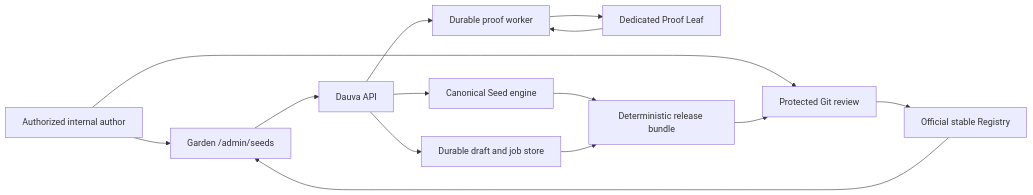
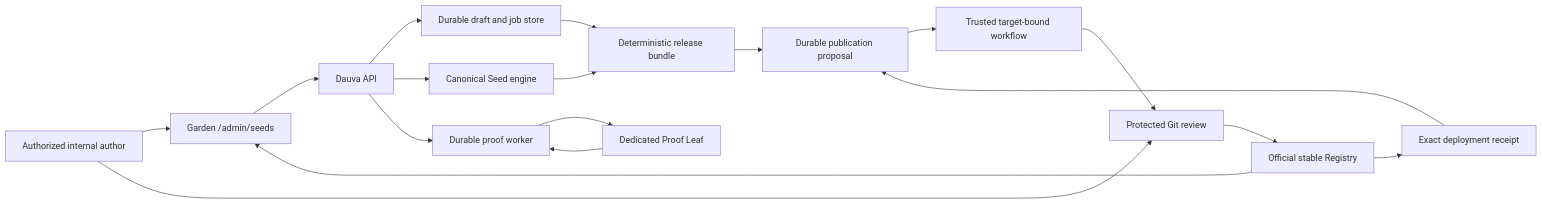
The first of 2 diagrams in docs/architecture/internal-seed-studio.md (Deucarian/dauva-seeds), drawn with Mermaid before and after one commit. The commit also changed other lines of this file and 28 other files, not shown here.

````diff
--- a/docs/architecture/internal-seed-studio.md
+++ b/docs/architecture/internal-seed-studio.md
@@ -161,16 +171,20 @@
 ```mermaid
 flowchart LR
     Author["Authorized internal author"] --> Garden["Garden /admin/seeds"]
     Garden --> API["Dauva API"]
     API --> Drafts["Durable draft and job store"]
     API --> Engine["Canonical Seed engine"]
     API --> Worker["Durable proof worker"]
     Worker --> ProofLeaf["Dedicated Proof Leaf"]
     ProofLeaf --> Worker
     Engine --> Export["Deterministic release bundle"]
     Drafts --> Export
-    Author --> Review["Protected Git review"]
-    Export --> Review
+    Export --> Publication["Durable publication proposal"]
+    Publication --> Workflow["Trusted target-bound workflow"]
+    Workflow --> Review["Protected Git review"]
+    Author --> Review
     Review --> Registry["Official stable Registry"]
+    Registry --> Receipt["Exact deployment receipt"]
+    Receipt --> Publication
     Registry --> Garden
 ```
````
